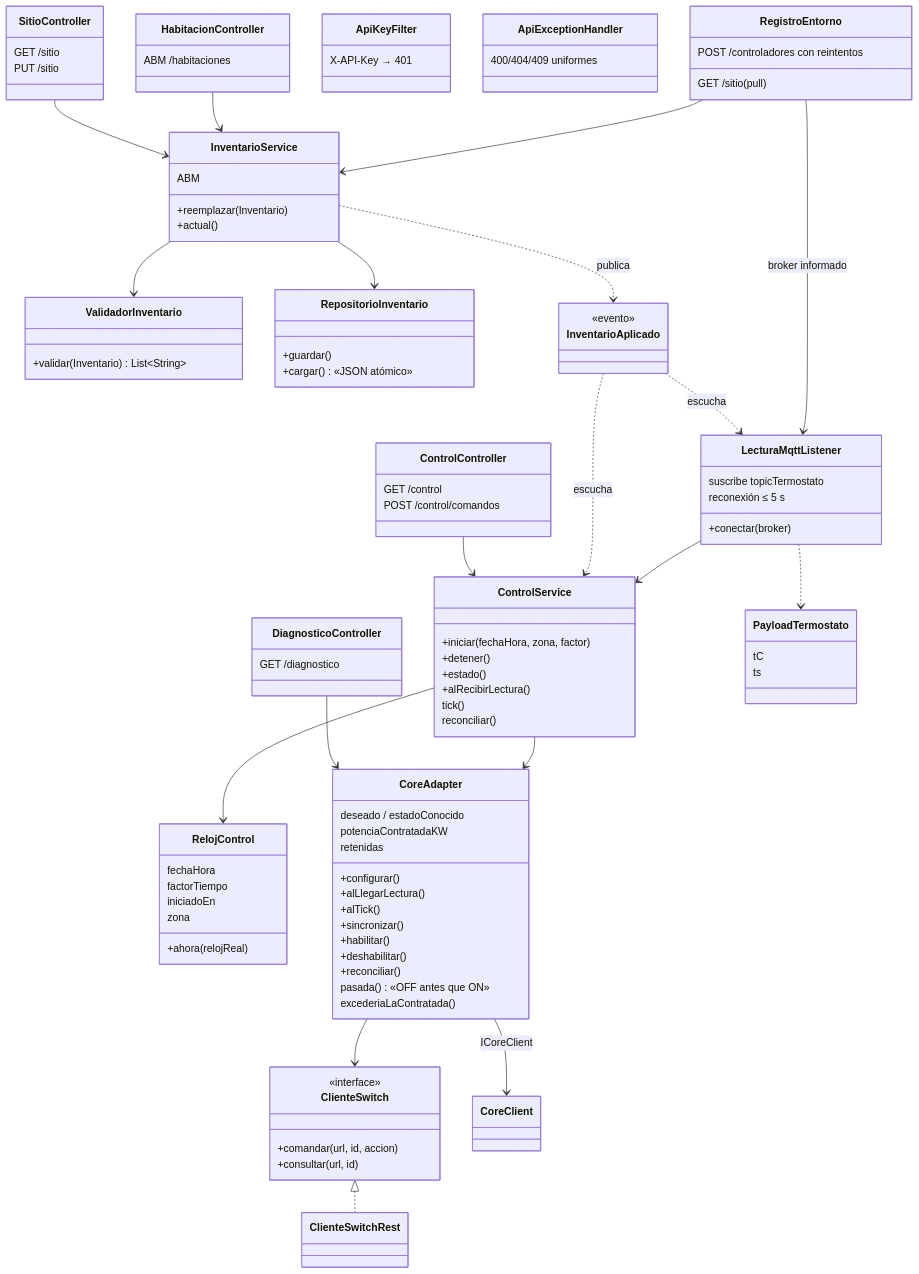
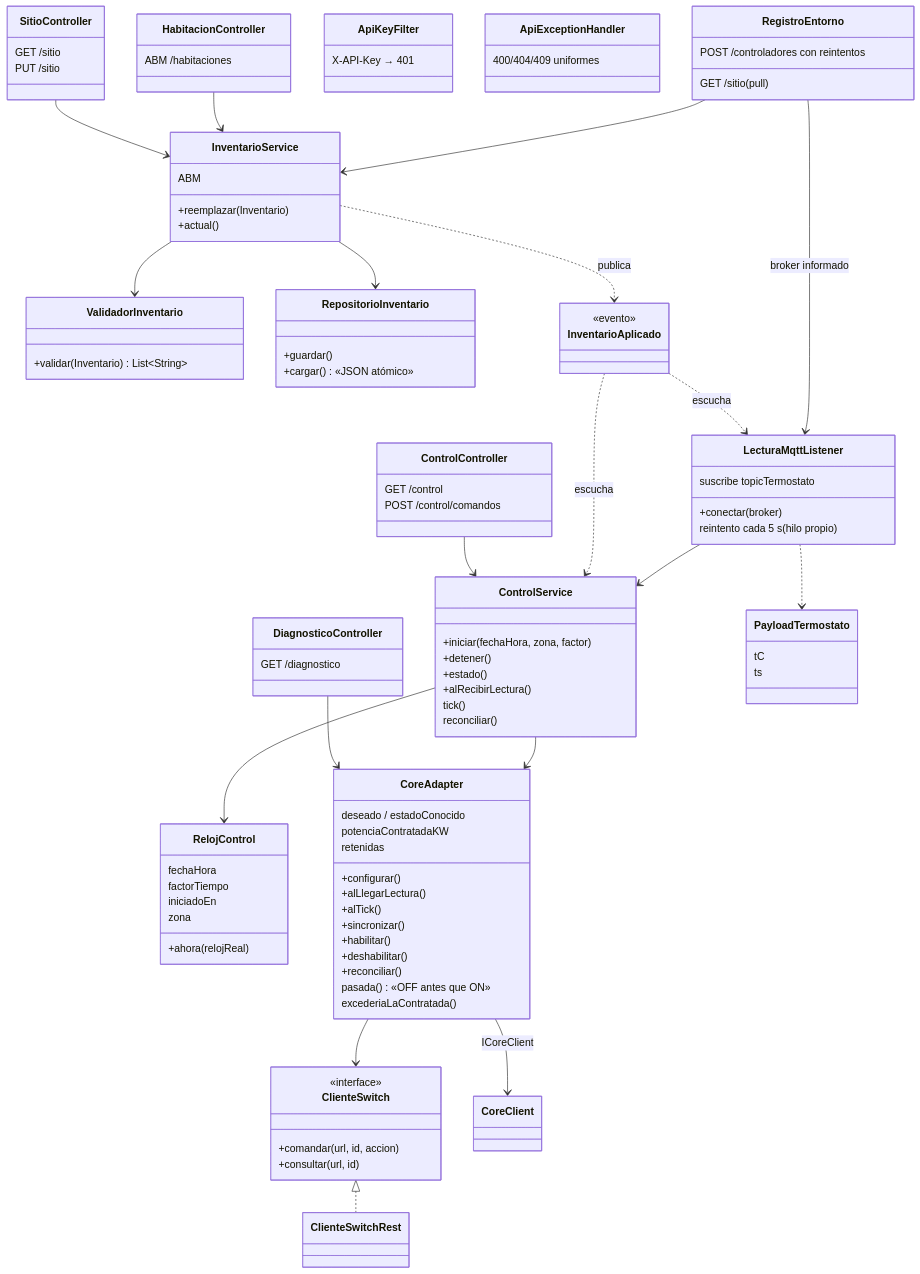
The third of 9 diagrams in docs/arquitectura/4mas1.md (BrayanBCode/iiss-2026-grupo-4), drawn with Mermaid before and after one commit. The commit also changed other lines of this file and 7 other files, not shown here.

Commit message:
engine: reconexión MQTT desde el hilo propio (arregla FallaBrokerMqttTest)

```diff
--- a/docs/arquitectura/4mas1.md
+++ b/docs/arquitectura/4mas1.md
@@ -281,7 +281,7 @@
     class LecturaMqttListener {
       +conectar(broker)
       suscribe topicTermostato
-      reconexión ≤ 5 s
+      reintento cada 5 s (hilo propio)
     }
     class PayloadTermostato {
       tC
```
